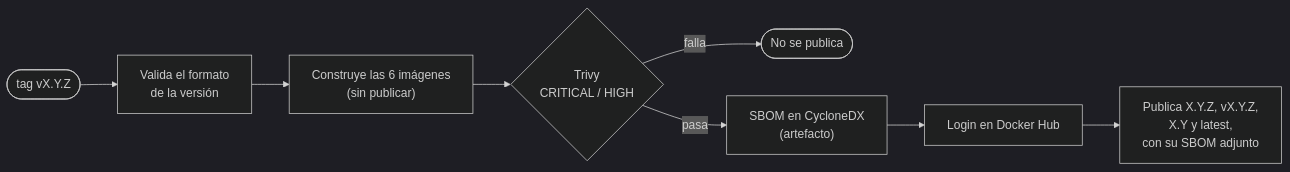
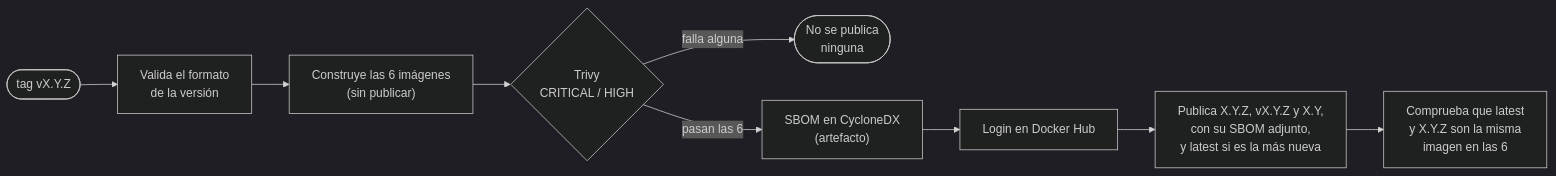
The eighth of 8 diagrams in docs/informe-tecnico.md (NicolasPineda1421/LiveMetric), drawn with Mermaid (dark theme) before and after one commit. The commit also changed other lines of this file and 7 other files, not shown here.

First line of the commit message:
Release: latest siempre en la version mas nueva, y las seis imagenes o ninguna

````diff
--- a/docs/informe-tecnico.md
+++ b/docs/informe-tecnico.md
@@ -402,10 +402,11 @@
 ```mermaid
 flowchart LR
     T(["tag vX.Y.Z"]) --> V["Valida el formato<br/>de la versión"]
     V --> B["Construye las 6 imágenes<br/>(sin publicar)"]
     B --> TR{"Trivy<br/>CRITICAL / HIGH"}
-    TR -->|"falla"| X(["No se publica"])
-    TR -->|"pasa"| S["SBOM en CycloneDX<br/>(artefacto)"]
+    TR -->|"falla alguna"| X(["No se publica<br/>ninguna"])
+    TR -->|"pasan las 6"| S["SBOM en CycloneDX<br/>(artefacto)"]
     S --> L["Login en Docker Hub"]
-    L --> H["Publica X.Y.Z, vX.Y.Z,<br/>X.Y y latest,<br/>con su SBOM adjunto"]
+    L --> H["Publica X.Y.Z, vX.Y.Z y X.Y,<br/>con su SBOM adjunto,<br/>y latest si es la más nueva"]
+    H --> C["Comprueba que latest<br/>y X.Y.Z son la misma<br/>imagen en las 6"]
 ```
````
